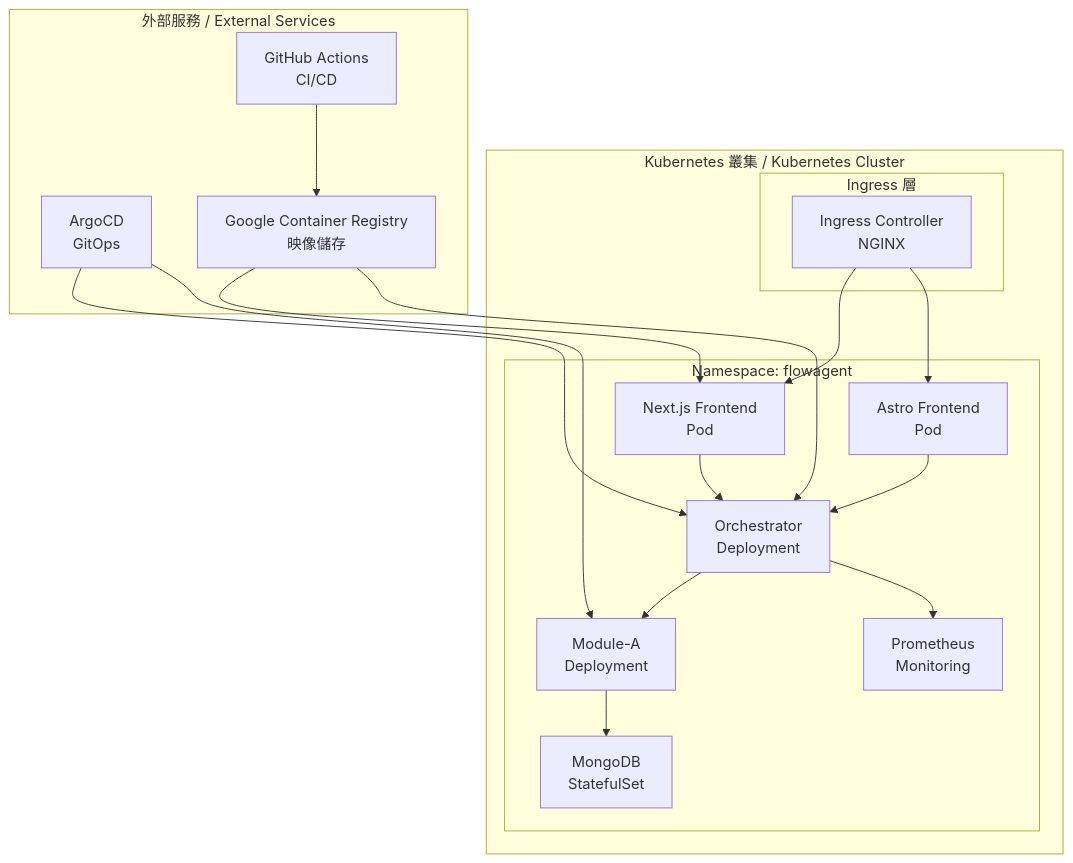
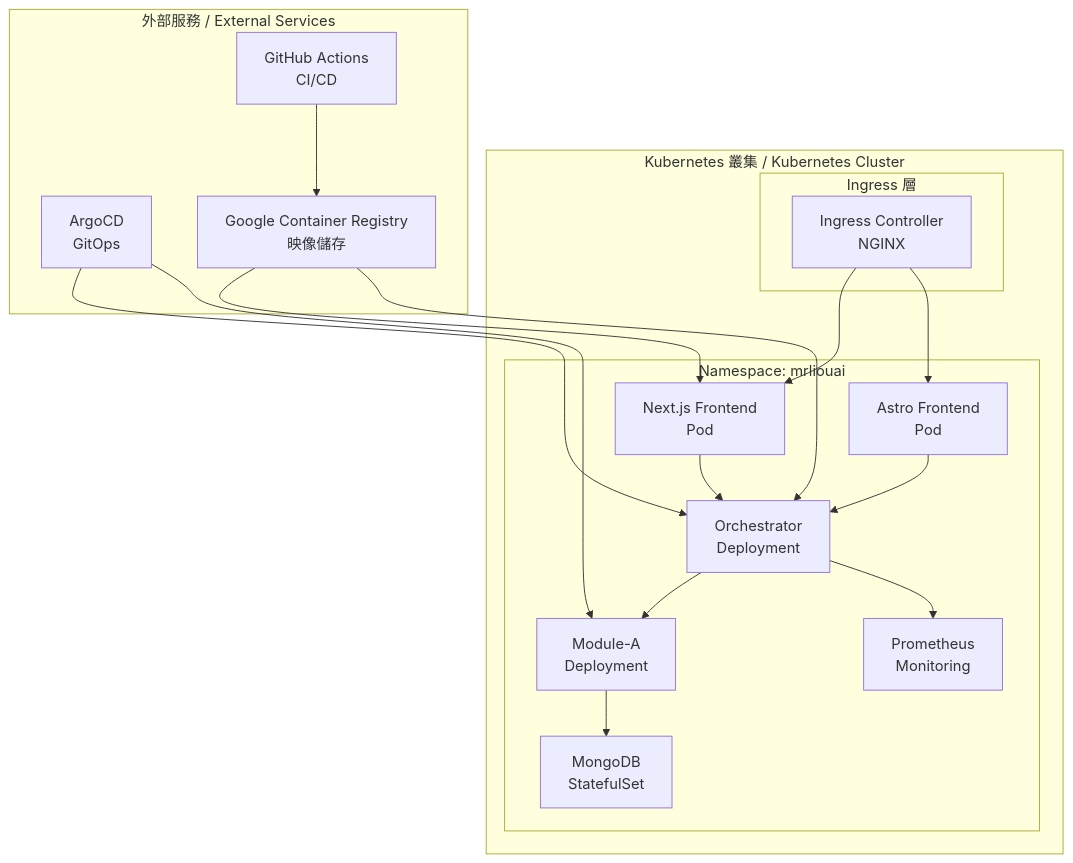
The fifth of 6 diagrams in docs/ARCHITECTURE_DIAGRAM.md (dofaromg/flow-tasks), drawn with Mermaid before and after one commit. The commit also changed other lines of this file and 1337 other files, not shown here.

First line of the commit message:
refactor: 全倉庫品牌更名 flowmemorysync/flowagent → MrLiouAI

````diff
--- a/docs/ARCHITECTURE_DIAGRAM.md
+++ b/docs/ARCHITECTURE_DIAGRAM.md
@@ -220,36 +220,36 @@
 ```mermaid
 graph TB
     subgraph "Kubernetes 叢集 / Kubernetes Cluster"
-        subgraph "Namespace: flowagent"
+        subgraph "Namespace: mrliouai"
             A1[Next.js Frontend<br/>Pod]
             A2[Astro Frontend<br/>Pod]
             B1[Orchestrator<br/>Deployment]
             B2[Module-A<br/>Deployment]
             C1[MongoDB<br/>StatefulSet]
             D1[Prometheus<br/>Monitoring]
         end
         
         subgraph "Ingress 層"
             E[Ingress Controller<br/>NGINX]
         end
     end
     
     subgraph "外部服務 / External Services"
         F[GitHub Actions<br/>CI/CD]
         G[ArgoCD<br/>GitOps]
         H[Google Container Registry<br/>映像儲存]
     end
     
     E --> A1
     E --> A2
     A1 --> B1
     A2 --> B1
     B1 --> B2
     B2 --> C1
     B1 --> D1
     F --> H
     G --> B1
     G --> B2
     H --> A1
     H --> B1
 ```
````
